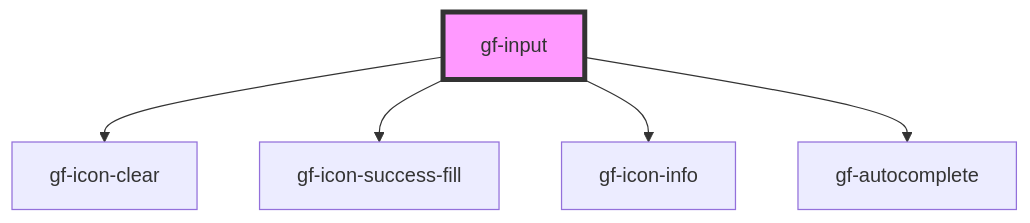
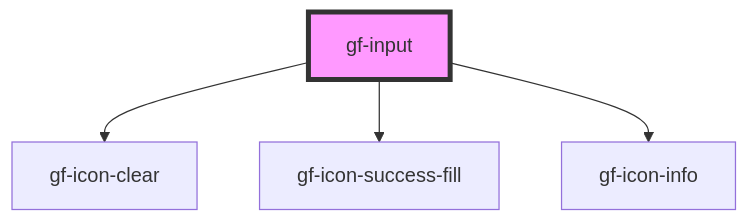
The diagram in packages/sten-components/src/components/input/readme.md (huangguangfa/mules), drawn with Mermaid before and after one commit. The commit also changed other lines of this file and 8 other files, not shown here.

````diff
--- a/packages/sten-components/src/components/input/readme.md
+++ b/packages/sten-components/src/components/input/readme.md
@@ -52,8 +51,7 @@
 ```mermaid
 graph TD;
   gf-input --> gf-icon-clear
   gf-input --> gf-icon-success-fill
   gf-input --> gf-icon-info
-  gf-input --> gf-autocomplete
   style gf-input fill:#f9f,stroke:#333,stroke-width:4px
 ```
````
